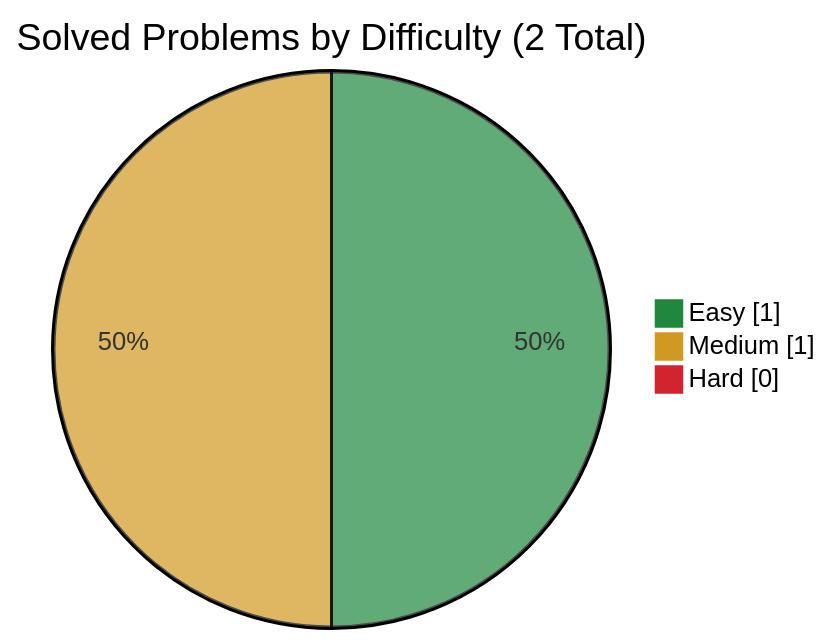
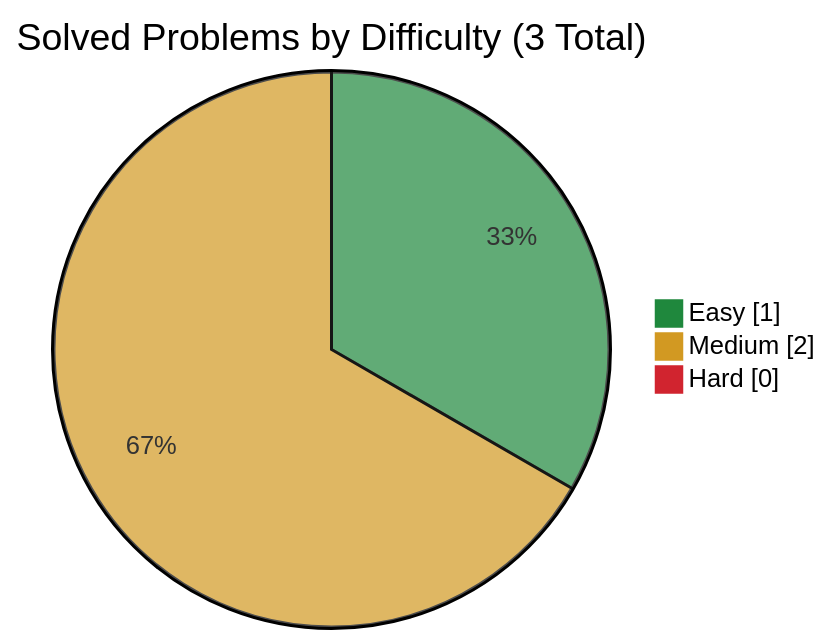
The diagram in companies/ibm/README.md (simonesiega/leetcode-solutions), drawn with Mermaid before and after one commit. The commit also changed other lines of this file and 4 other files, not shown here.

````diff
--- a/companies/ibm/README.md
+++ b/companies/ibm/README.md
@@ -13,8 +13,8 @@
 ```mermaid
 %%{init: {"themeVariables": {"pie1": "#1f883d", "pie2": "#d29922", "pie3": "#d1242f"}}}%%
 pie showData
-    title Solved Problems by Difficulty (2 Total)
+    title Solved Problems by Difficulty (3 Total)
     "Easy" : 1
-    "Medium" : 1
+    "Medium" : 2
     "Hard" : 0
 ```
````
